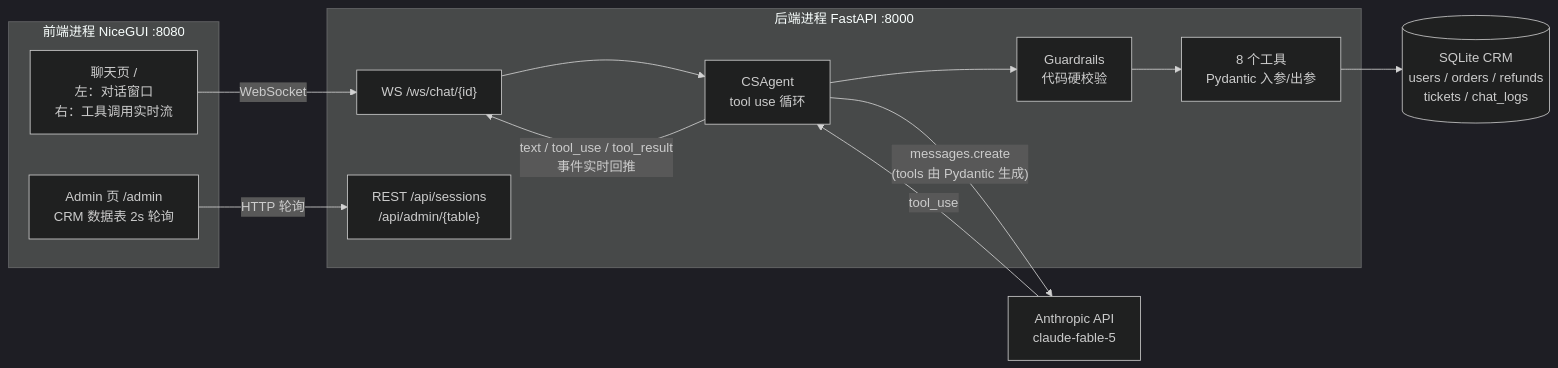
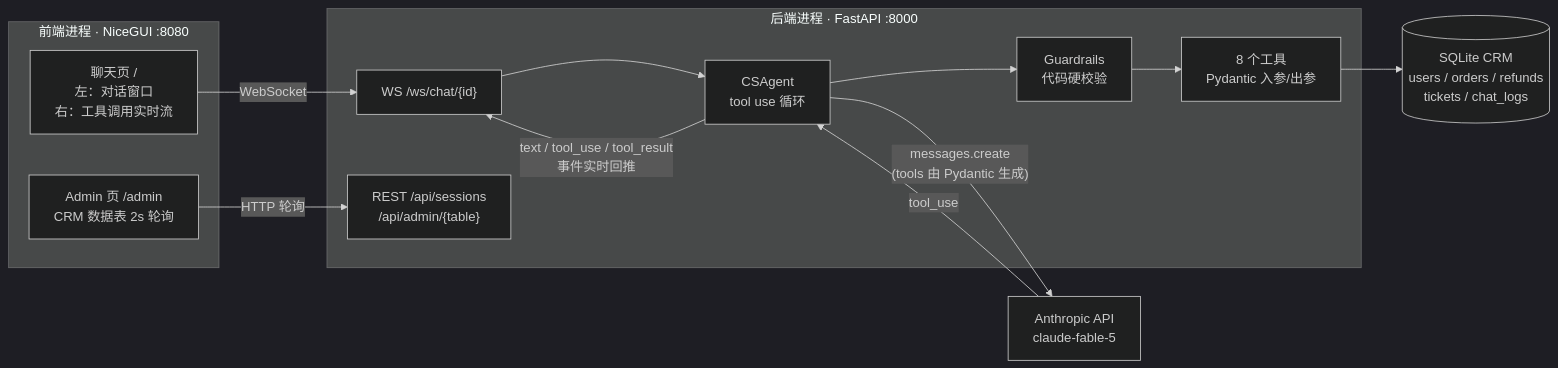
The diagram in ai-cs-agent/README.md (tokens-overflow/SCL), drawn with Mermaid (dark theme) before and after one commit. The commit also changed other lines of this file, not shown here.

First line of the commit message:
docs(ai-cs-agent): rewrite README for public use

````diff
--- a/ai-cs-agent/README.md
+++ b/ai-cs-agent/README.md
@@ -9,26 +30,26 @@
 ```mermaid
 flowchart LR
-    subgraph 前端进程["前端进程 NiceGUI :8080"]
-        Chat["聊天页 /\n左：对话窗口\n右：工具调用实时流"]
-        Admin["Admin 页 /admin\nCRM 数据表 2s 轮询"]
+    subgraph FE["前端进程 · NiceGUI :8080"]
+        Chat["聊天页 /<br/>左：对话窗口<br/>右：工具调用实时流"]
+        Admin["Admin 页 /admin<br/>CRM 数据表 2s 轮询"]
     end
 
-    subgraph 后端进程["后端进程 FastAPI :8000"]
+    subgraph BE["后端进程 · FastAPI :8000"]
         WS["WS /ws/chat/{id}"]
-        REST["REST /api/sessions\n/api/admin/{table}"]
-        Agent["CSAgent\ntool use 循环"]
-        Guard["Guardrails\n代码硬校验"]
-        Tools["8 个工具\nPydantic 入参/出参"]
+        REST["REST /api/sessions<br/>/api/admin/{table}"]
+        Agent["CSAgent<br/>tool use 循环"]
+        Guard["Guardrails<br/>代码硬校验"]
+        Tools["8 个工具<br/>Pydantic 入参/出参"]
     end
 
-    DB[("SQLite CRM\nusers / orders / refunds\ntickets / chat_logs")]
-    Claude["Anthropic API\nclaude-fable-5"]
+    DB[("SQLite CRM<br/>users / orders / refunds<br/>tickets / chat_logs")]
+    Claude["Anthropic API<br/>claude-fable-5"]
 
     Chat -- "WebSocket" --> WS
     Admin -- "HTTP 轮询" --> REST
     WS --> Agent
-    Agent -- "messages.create\n(tools 由 Pydantic 生成)" --> Claude
+    Agent -- "messages.create<br/>(tools 由 Pydantic 生成)" --> Claude
     Claude -- "tool_use" --> Agent
     Agent --> Guard --> Tools --> DB
-    Agent -- "text / tool_use / tool_result\n事件实时回推" --> WS
+    Agent -- "text / tool_use / tool_result<br/>事件实时回推" --> WS
 ```
````
